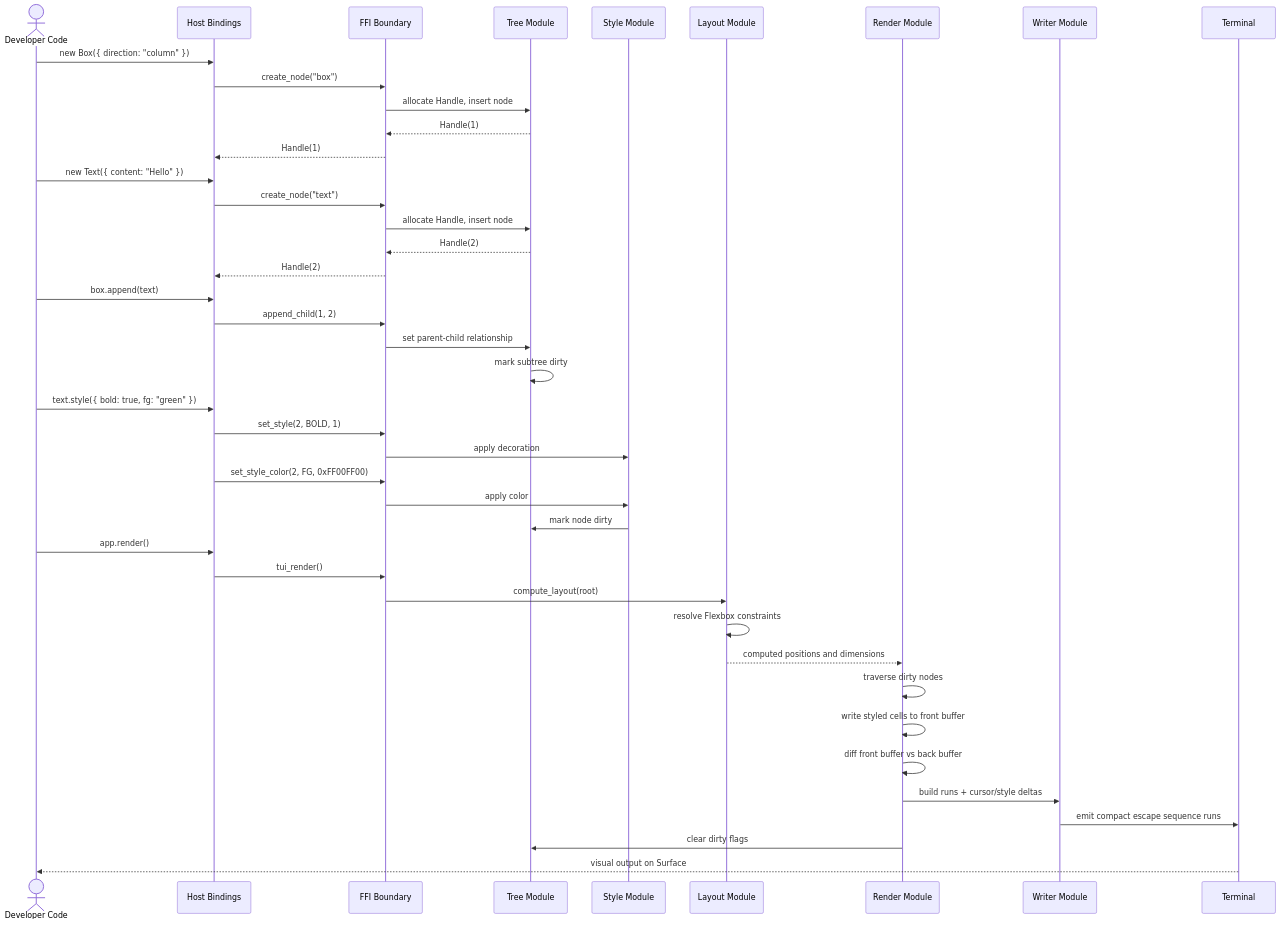
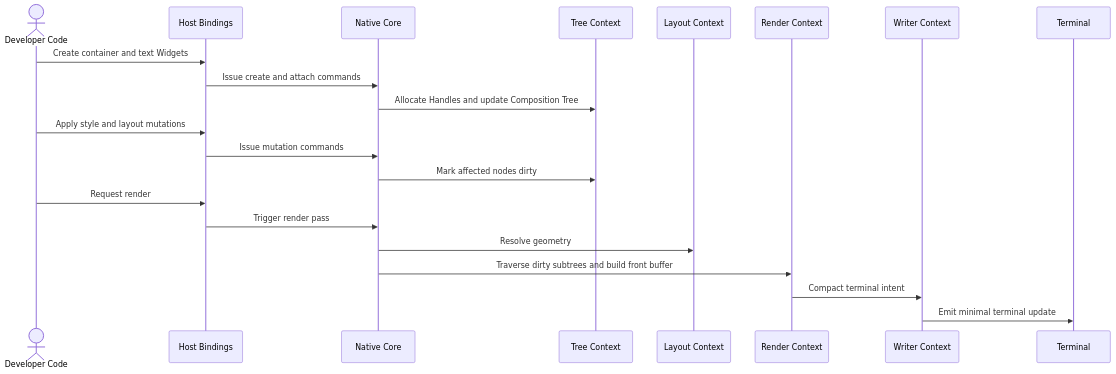
The second of 5 diagrams in docs/Architecture.md (openkraken-ai/kraken-tui), drawn with Mermaid before and after one commit. The commit also changed other lines of this file and 21 other files, not shown here.

````diff
--- a/docs/Architecture.md
+++ b/docs/Architecture.md
@@ -144,49 +112,24 @@
 ```mermaid
 sequenceDiagram
     actor Dev as Developer Code
     participant Host as Host Bindings
-    participant FFI as FFI Boundary
-    participant Tree as Tree Module
-    participant Style as Style Module
-    participant Layout as Layout Module
-    participant Render as Render Module
-    participant Writer as Writer Module
+    participant Core as Native Core
+    participant Tree as Tree Context
+    participant Layout as Layout Context
+    participant Render as Render Context
+    participant Writer as Writer Context
     participant Term as Terminal
 
-    Dev->>Host: new Box({ direction: "column" })
-    Host->>FFI: create_node("box")
-    FFI->>Tree: allocate Handle, insert node
-    Tree-->>FFI: Handle(1)
-    FFI-->>Host: Handle(1)
-
-    Dev->>Host: new Text({ content: "Hello" })
-    Host->>FFI: create_node("text")
-    FFI->>Tree: allocate Handle, insert node
-    Tree-->>FFI: Handle(2)
-    FFI-->>Host: Handle(2)
-
-    Dev->>Host: box.append(text)
-    Host->>FFI: append_child(1, 2)
-    FFI->>Tree: set parent-child relationship
-    Tree->>Tree: mark subtree dirty
-
-    Dev->>Host: text.style({ bold: true, fg: "green" })
-    Host->>FFI: set_style(2, BOLD, 1)
-    FFI->>Style: apply decoration
-    Host->>FFI: set_style_color(2, FG, 0xFF00FF00)
-    FFI->>Style: apply color
-    Style->>Tree: mark node dirty
-
-    Dev->>Host: app.render()
-    Host->>FFI: tui_render()
-    FFI->>Layout: compute_layout(root)
-    Layout->>Layout: resolve Flexbox constraints
-    Layout-->>Render: computed positions and dimensions
-    Render->>Render: traverse dirty nodes
-    Render->>Render: write styled cells to front buffer
-    Render->>Render: diff front buffer vs back buffer
-    Render->>Writer: build runs + cursor/style deltas
-    Writer->>Term: emit compact escape sequence runs
-    Render->>Tree: clear dirty flags
-    Term-->>Dev: visual output on Surface
+    Dev->>Host: Create container and text Widgets
+    Host->>Core: Issue create and attach commands
+    Core->>Tree: Allocate Handles and update Composition Tree
+    Dev->>Host: Apply style and layout mutations
+    Host->>Core: Issue mutation commands
+    Core->>Tree: Mark affected nodes dirty
+    Dev->>Host: Request render
+    Host->>Core: Trigger render pass
+    Core->>Layout: Resolve geometry
+    Core->>Render: Traverse dirty subtrees and build front buffer
+    Render->>Writer: Compact terminal intent
+    Writer->>Term: Emit minimal terminal update
 ```
````
